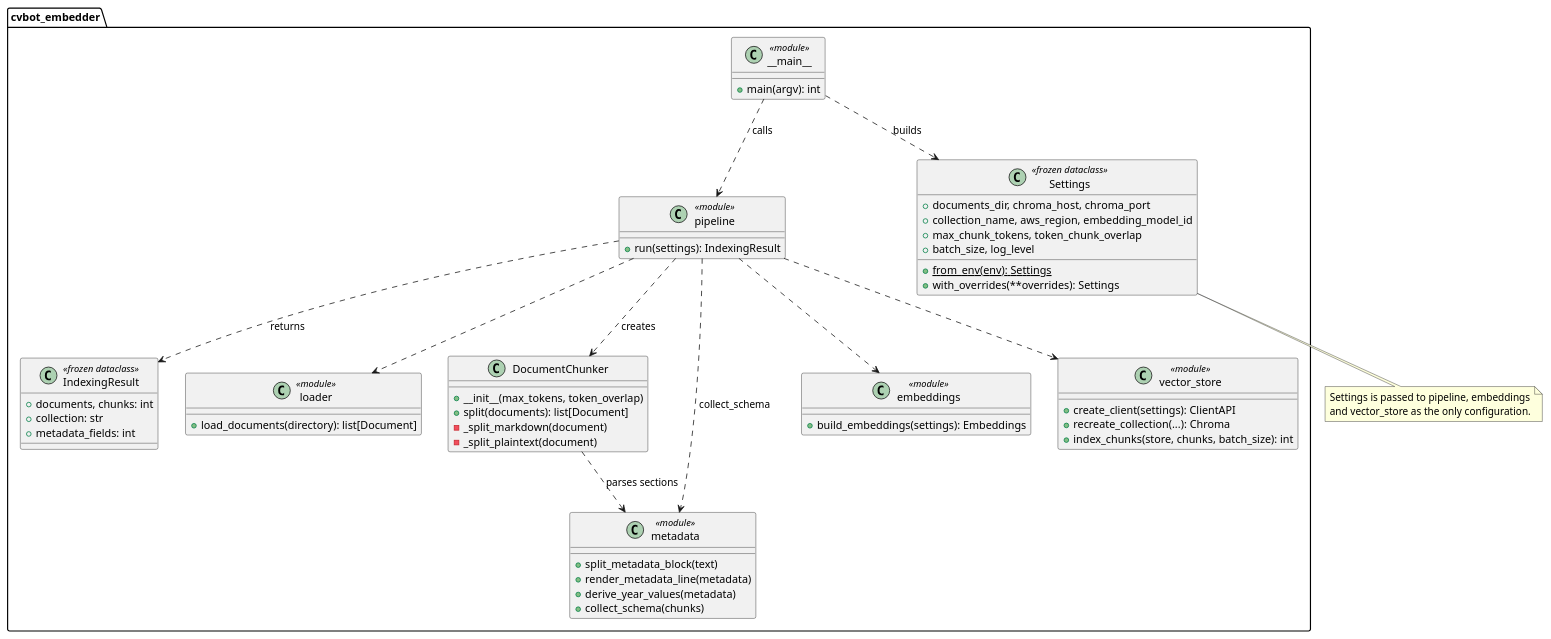
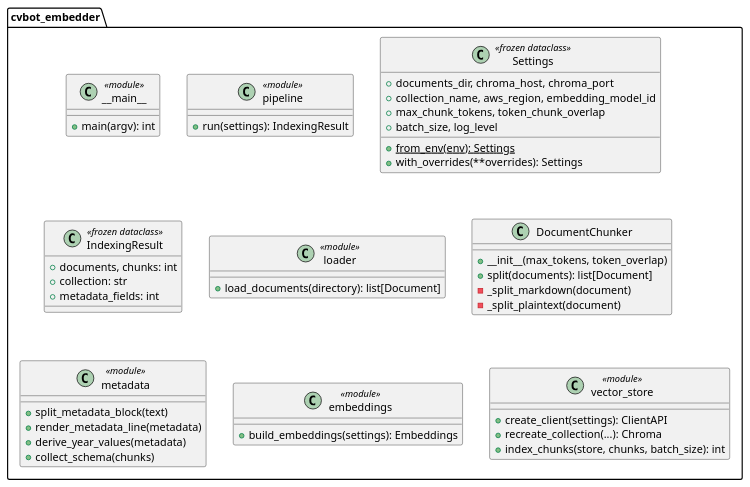
Before and after one commit to Fabian-Winter/cvbot-embedder: the diagram in docs/_embedder-classes.iuml, drawn with PlantUML. The commit also changed 1 other file, not shown here.

Commit message:
reduce class diagram complexity

```diff
--- a/docs/_embedder-classes.iuml
+++ b/docs/_embedder-classes.iuml
@@ -1,69 +1,52 @@
 package "cvbot_embedder" {
   class "__main__" as main <<module>> {
     +main(argv): int
   }
 
   class "pipeline" as pipeline <<module>> {
     +run(settings): IndexingResult
   }
 
   class Settings <<frozen dataclass>> {
     +documents_dir, chroma_host, chroma_port
     +collection_name, aws_region, embedding_model_id
     +max_chunk_tokens, token_chunk_overlap
     +batch_size, log_level
     +{static} from_env(env): Settings
     +with_overrides(**overrides): Settings
   }
 
   class IndexingResult <<frozen dataclass>> {
     +documents, chunks: int
     +collection: str
     +metadata_fields: int
   }
 
   class "loader" as loader <<module>> {
     +load_documents(directory): list[Document]
   }
 
   class DocumentChunker {
     +__init__(max_tokens, token_overlap)
     +split(documents): list[Document]
     -_split_markdown(document)
     -_split_plaintext(document)
   }
 
   class "metadata" as metadata <<module>> {
     +split_metadata_block(text)
     +render_metadata_line(metadata)
     +derive_year_values(metadata)
     +collect_schema(chunks)
   }
 
   class "embeddings" as embeddings <<module>> {
     +build_embeddings(settings): Embeddings
   }
 
   class "vector_store" as vstore <<module>> {
     +create_client(settings): ClientAPI
     +recreate_collection(...): Chroma
     +index_chunks(store, chunks, batch_size): int
   }
 }
-
-main ..> Settings : builds
-main ..> pipeline : calls
-
-pipeline ..> loader
-pipeline ..> DocumentChunker : creates
-pipeline ..> metadata : collect_schema
-pipeline ..> embeddings
-pipeline ..> vstore
-pipeline ..> IndexingResult : returns
-
-DocumentChunker ..> metadata : parses sections
-
-note bottom of Settings
-  Settings is passed to pipeline, embeddings
-  and vector_store as the only configuration.
-end note
```
